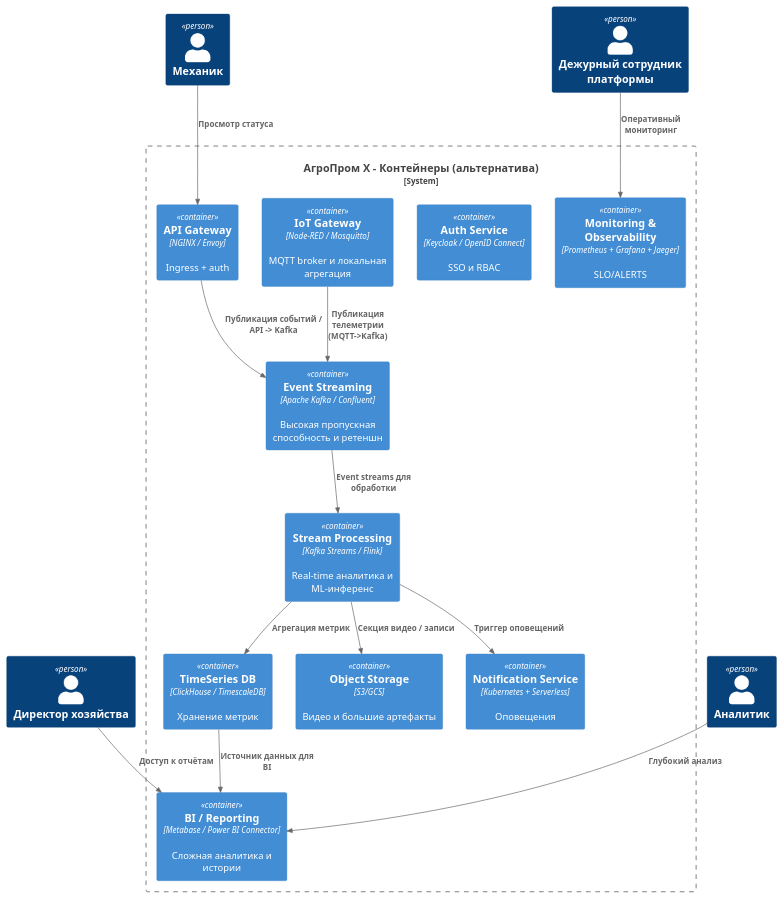
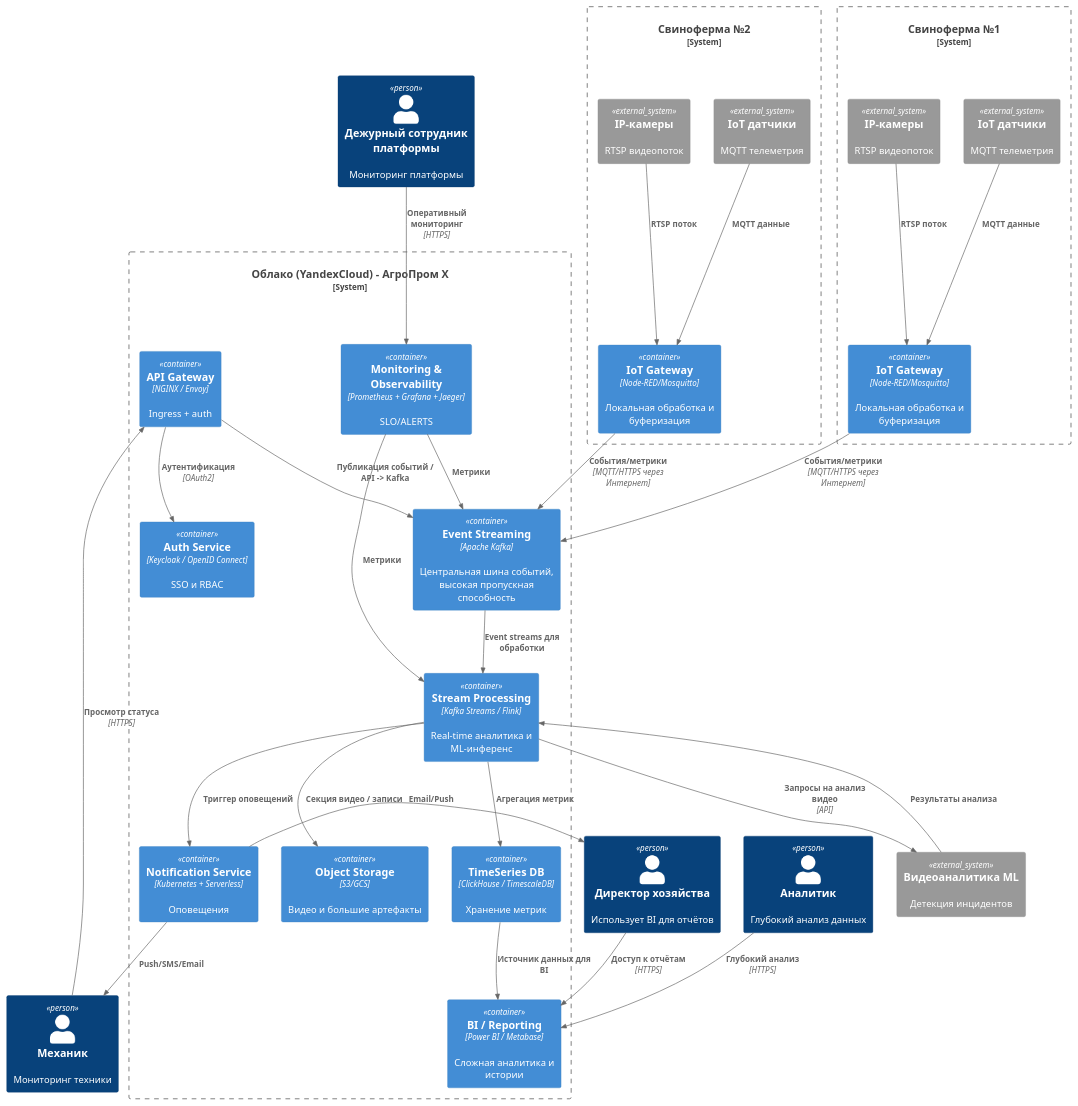
One commit to valerii-software/MSA-AgroTech changed the diagram in Task2/c2_alt.puml. Above: the diagram before and after it, drawn with PlantUML. The commit also changed 2 other files, not shown here.

```diff
--- a/Task2/c2_alt.puml
+++ b/Task2/c2_alt.puml
@@ -1,35 +1,67 @@
 @startuml Container
 !include https://raw.githubusercontent.com/plantuml-stdlib/C4-PlantUML/master/C4_Container.puml
 
-Person(director, "Директор хозяйства")
-Person(mechanic, "Механик")
-Person(analyst, "Аналитик")
-Person(operator, "Дежурный сотрудник платформы")
 
-System_Boundary(platform, "АгроПром Х - Контейнеры (альтернатива)") {
+Person(director, "Директор хозяйства", "Использует BI для отчётов")
+Person(mechanic, "Механик", "Мониторинг техники")
+Person(analyst, "Аналитик", "Глубокий анализ данных")
+Person(operator, "Дежурный сотрудник платформы", "Мониторинг платформы")
+
+
+System_Boundary(farm1, "Свиноферма №1") {
+  System_Ext(cameras1, "IP-камеры", "RTSP видеопоток")
+  System_Ext(sensors1, "IoT датчики", "MQTT телеметрия")
+  Container(edge1, "IoT Gateway", "Node-RED/Mosquitto", "Локальная обработка и буферизация")
+}
+
+System_Boundary(farm2, "Свиноферма №2") {
+  System_Ext(cameras2, "IP-камеры", "RTSP видеопоток")
+  System_Ext(sensors2, "IoT датчики", "MQTT телеметрия")
+  Container(edge2, "IoT Gateway", "Node-RED/Mosquitto", "Локальная обработка и буферизация")
+}
+
+System_Boundary(platform, "Облако (YandexCloud) - АгроПром Х") {
   Container(api_gw, "API Gateway", "NGINX / Envoy", "Ingress + auth")
   Container(auth, "Auth Service", "Keycloak / OpenID Connect", "SSO и RBAC")
-  Container(iot_gateway, "IoT Gateway", "Node-RED / Mosquitto", "MQTT broker и локальная агрегация")
-  Container(kafka, "Event Streaming", "Apache Kafka / Confluent", "Высокая пропускная способность и ретеншн")
+  Container(kafka, "Event Streaming", "Apache Kafka", "Центральная шина событий, высокая пропускная способность")
   Container(stream_proc, "Stream Processing", "Kafka Streams / Flink", "Real-time аналитика и ML-инференс")
   Container(storage_ts, "TimeSeries DB", "ClickHouse / TimescaleDB", "Хранение метрик")
   Container(object_store, "Object Storage", "S3/GCS", "Видео и большие артефакты")
   Container(notification, "Notification Service", "Kubernetes + Serverless", "Оповещения")
-  Container(bi, "BI / Reporting", "Metabase / Power BI Connector", "Сложная аналитика и истории")
+  Container(bi, "BI / Reporting", "Power BI / Metabase", "Сложная аналитика и истории")
   Container(monitoring, "Monitoring & Observability", "Prometheus + Grafana + Jaeger", "SLO/ALERTS")
 }
 
-Rel(director, bi, "Доступ к отчётам")
-Rel(analyst, bi, "Глубокий анализ")
-Rel(mechanic, api_gw, "Просмотр статуса")
-Rel(operator, monitoring, "Оперативный мониторинг")
+System_Ext(video_analytics, "Видеоаналитика ML", "Детекция инцидентов")
 
-Rel(iot_gateway, kafka, "Публикация телеметрии (MQTT->Kafka)")
+' === Взаимосвязи на фермах ===
+Rel(cameras1, edge1, "RTSP поток")
+Rel(sensors1, edge1, "MQTT данные")
+Rel(edge1, kafka, "События/метрики", "MQTT/HTTPS через Интернет")
+
+Rel(cameras2, edge2, "RTSP поток")
+Rel(sensors2, edge2, "MQTT данные")
+Rel(edge2, kafka, "События/метрики", "MQTT/HTTPS через Интернет")
+
+' === Взаимосвязи пользователей ===
+Rel(director, bi, "Доступ к отчётам", "HTTPS")
+Rel(analyst, bi, "Глубокий анализ", "HTTPS")
+Rel(mechanic, api_gw, "Просмотр статуса", "HTTPS")
+Rel(operator, monitoring, "Оперативный мониторинг", "HTTPS")
+
+' === Взаимосвязи внутри платформы ===
+Rel(api_gw, auth, "Аутентификация", "OAuth2")
 Rel(api_gw, kafka, "Публикация событий / API -> Kafka")
 Rel(kafka, stream_proc, "Event streams для обработки")
+Rel(stream_proc, video_analytics, "Запросы на анализ видео", "API")
+Rel(video_analytics, stream_proc, "Результаты анализа")
 Rel(stream_proc, storage_ts, "Агрегация метрик")
 Rel(stream_proc, object_store, "Секция видео / записи")
 Rel(stream_proc, notification, "Триггер оповещений")
+Rel(notification, mechanic, "Push/SMS/Email")
+Rel(notification, director, "Email/Push")
 Rel(storage_ts, bi, "Источник данных для BI")
+Rel(monitoring, kafka, "Метрики")
+Rel(monitoring, stream_proc, "Метрики")
 
 @enduml
```
